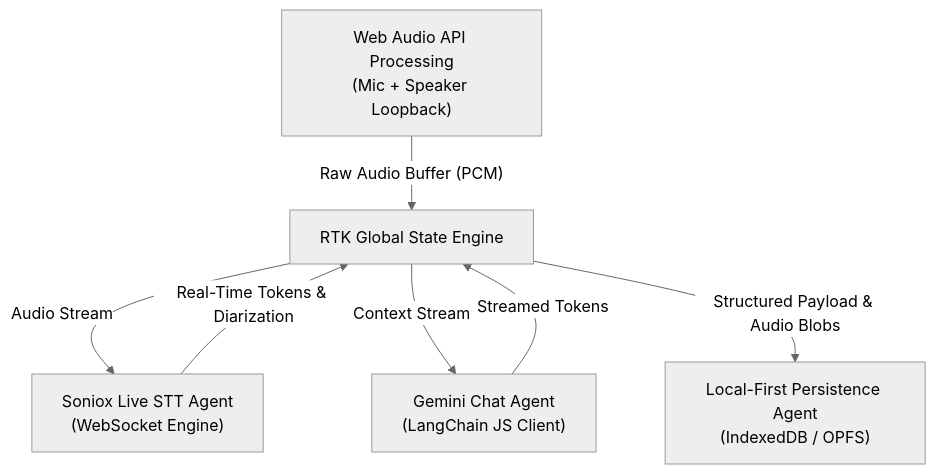
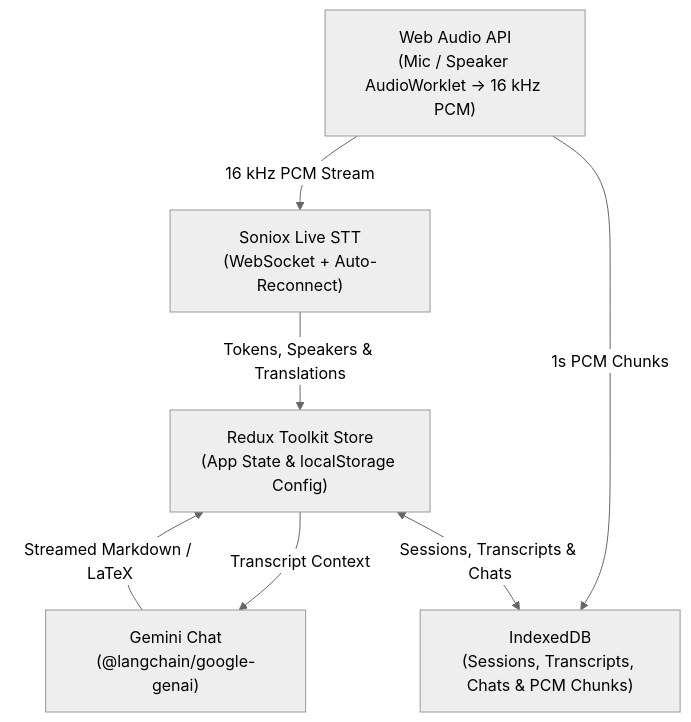
The diagram in README.md (muazhari/transcribee-1), drawn with Mermaid (neutral theme) before and after one commit. The commit also changed other lines of this file and 44 other files, not shown here.

````diff
--- a/README.md
+++ b/README.md
@@ -34,15 +34,15 @@
 ```mermaid
 flowchart TD
-    Audio["Web Audio API Processing<br/>(Mic + Speaker Loopback)"]
-    RTK["RTK Global State Engine"]
-    Soniox["Soniox Live STT Agent<br/>(WebSocket Engine)"]
-    Gemini["Gemini Chat Agent<br/>(LangChain JS Client)"]
-    Persistence["Local-First Persistence Agent<br/>(IndexedDB / OPFS)"]
+    Audio["Web Audio API<br/>(Mic / Speaker AudioWorklet → 16 kHz PCM)"]
+    Soniox["Soniox Live STT<br/>(WebSocket + Auto-Reconnect)"]
+    RTK["Redux Toolkit Store<br/>(App State & localStorage Config)"]
+    Gemini["Gemini Chat<br/>(@langchain/google-genai)"]
+    DB["IndexedDB<br/>(Sessions, Transcripts, Chats & PCM Chunks)"]
 
-    Audio -->|"Raw Audio Buffer (PCM)"| RTK
-    RTK -->|"Audio Stream"| Soniox
-    Soniox -->|"Real-Time Tokens & Diarization"| RTK
-    RTK -->|"Context Stream"| Gemini
-    Gemini -->|"Streamed Tokens"| RTK
-    RTK -->|"Structured Payload & Audio Blobs"| Persistence
+    Audio -->|"16 kHz PCM Stream"| Soniox
+    Audio -->|"1s PCM Chunks"| DB
+    Soniox -->|"Tokens, Speakers & Translations"| RTK
+    RTK -->|"Transcript Context"| Gemini
+    Gemini -->|"Streamed Markdown / LaTeX"| RTK
+    RTK <-->|"Sessions, Transcripts & Chats"| DB
 ```
````
